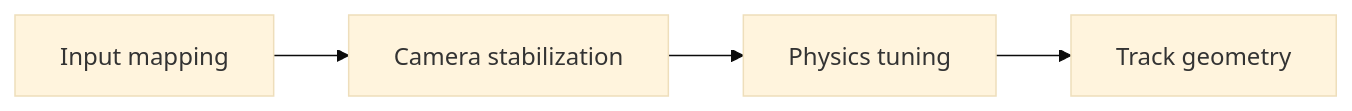
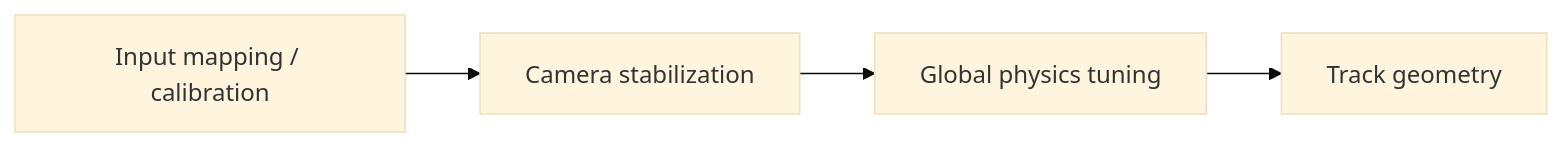
One commit to zeroLR/2D-game-playground changed the second of 2 diagrams in docs/plans/inner-rail/ROADMAP.md. Above: the diagram before and after it, drawn with Mermaid (base theme). The commit also changed other lines of this file, not shown here.

````diff
--- a/docs/plans/inner-rail/ROADMAP.md
+++ b/docs/plans/inner-rail/ROADMAP.md
@@ -192,6 +158,6 @@
 ```mermaid
 flowchart LR
-    A[Input mapping] --> B[Camera stabilization]
-    B --> C[Physics tuning]
+    A[Input mapping / calibration] --> B[Camera stabilization]
+    B --> C[Global physics tuning]
     C --> D[Track geometry]
 ```
````
